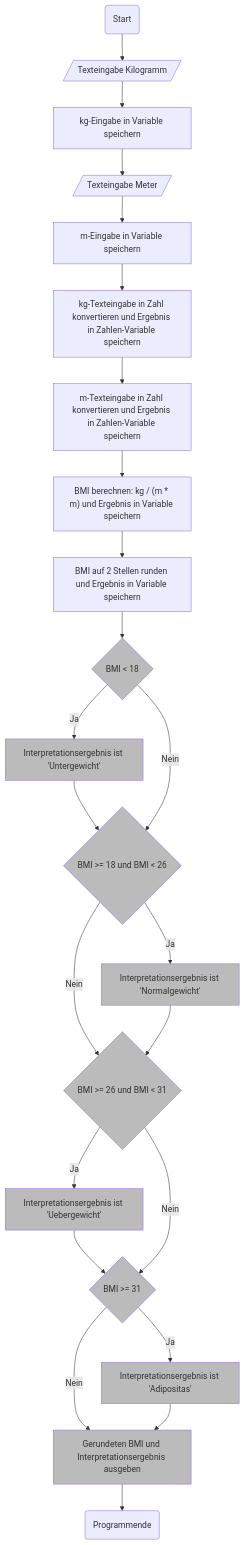
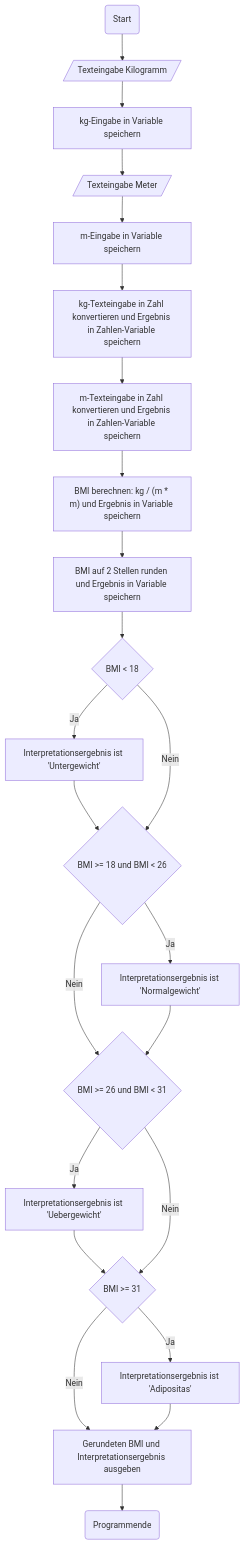
Before and after one commit to clander/voprogrammieren: the second of 4 diagrams in VO-Teil-1/GrundkonzepteProgrammierung/BMI/README.md, drawn with Mermaid. The commit also changed other lines of this file, not shown here.

Commit message:
Refactoring Druck

````diff
--- a/VO-Teil-1/GrundkonzepteProgrammierung/BMI/README.md
+++ b/VO-Teil-1/GrundkonzepteProgrammierung/BMI/README.md
@@ -165,31 +165,29 @@
 ```mermaid
 flowchart TD
     A(Start) --> B[/Texteingabe Kilogramm/]
     B --> C[kg-Eingabe in Variable speichern]
     C --> D[/Texteingabe Meter/]
     D --> E[m-Eingabe in Variable speichern]
     E --> F[kg-Texteingabe in Zahl konvertieren und Ergebnis in Zahlen-Variable speichern]
     F --> G[m-Texteingabe in Zahl konvertieren und Ergebnis in Zahlen-Variable speichern]
     G --> H["BMI berechnen: kg / (m * m)" und Ergebnis in Variable speichern]
     H --> I[BMI auf 2 Stellen runden und Ergebnis in Variable speichern]
 
     I --> J{BMI < 18}
-    J:::neu -- Ja --> K[Interpretationsergebnis ist 'Untergewicht']:::neu
-    K --> L:::neu
+    J -- Ja --> K[Interpretationsergebnis ist 'Untergewicht']
+    K --> L
 
     J -- Nein --> L{BMI >= 18 und BMI < 26}
-    L -- Ja --> M[Interpretationsergebnis ist 'Normalgewicht']:::neu
-    L:::neu -- Nein --> N:::neu
+    L -- Ja --> M[Interpretationsergebnis ist 'Normalgewicht']
+    L -- Nein --> N
     
     M --> N{BMI >= 26 und BMI < 31}
     N -- Ja --> O[Interpretationsergebnis ist 'Uebergewicht']
-    O:::neu --> P:::neu
+    O --> P
     N -- Nein --> P{BMI >= 31}
 
-    P -- Ja --> Q[Interpretationsergebnis ist 'Adipositas']:::neu
+    P -- Ja --> Q[Interpretationsergebnis ist 'Adipositas']
     P -- Nein --> R[Gerundeten BMI und Interpretationsergebnis ausgeben]
-    Q --> R:::neu
+    Q --> R
     R --> S(Programmende)
-
-    classDef neu fill:#bbb
 ```
````
